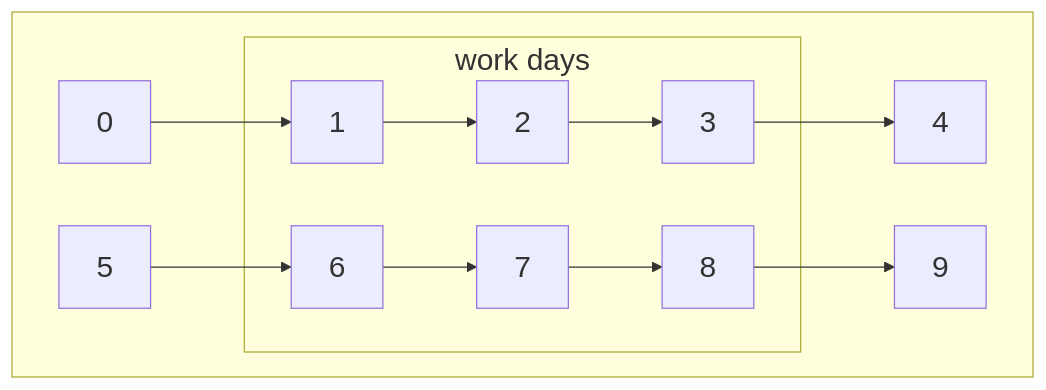
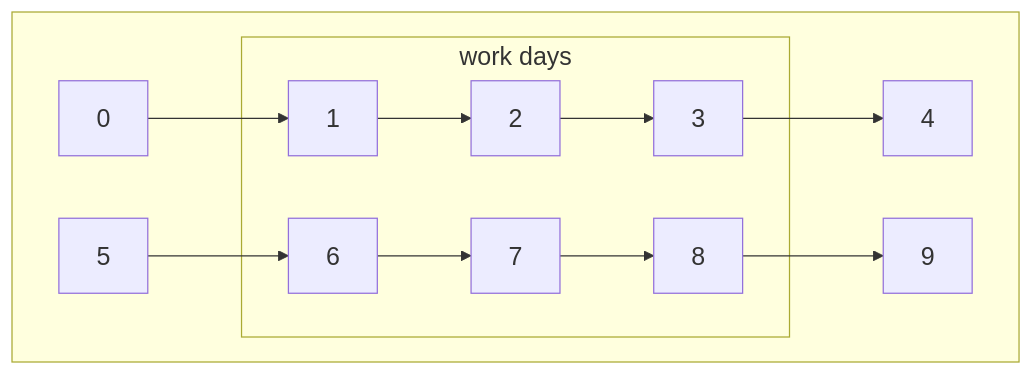
The second of 5 diagrams in dec/date/index.qmd (maptv/maptv.github.io), drawn with Mermaid before and after one commit. The commit also changed other lines of this file and 5 other files, not shown here.

````diff
--- a/dec/date/index.qmd
+++ b/dec/date/index.qmd
@@ -412,22 +412,22 @@
 ```{mermaid}
-%%{init: {'theme': 'default', 'themeVariables': { 'fontSize': '24px'}}}%%
+%%{init: {'theme': 'default', 'themeVariables': { 'fontSize': '20px'}}}%%
 flowchart TB
    A[0]-->B[1]-->C[2]-->D[3]-->E[4]
    F[5]-->G[6]-->H[7]-->I[8]-->J[9]
    subgraph workdays[work days]
    B
    C
    G
    H
    D
    I
    end
    subgraph restdays[rest days]
    A
    F
    E
    J
    workdays
    end
    style restdays color:transparent;
 ```
````
